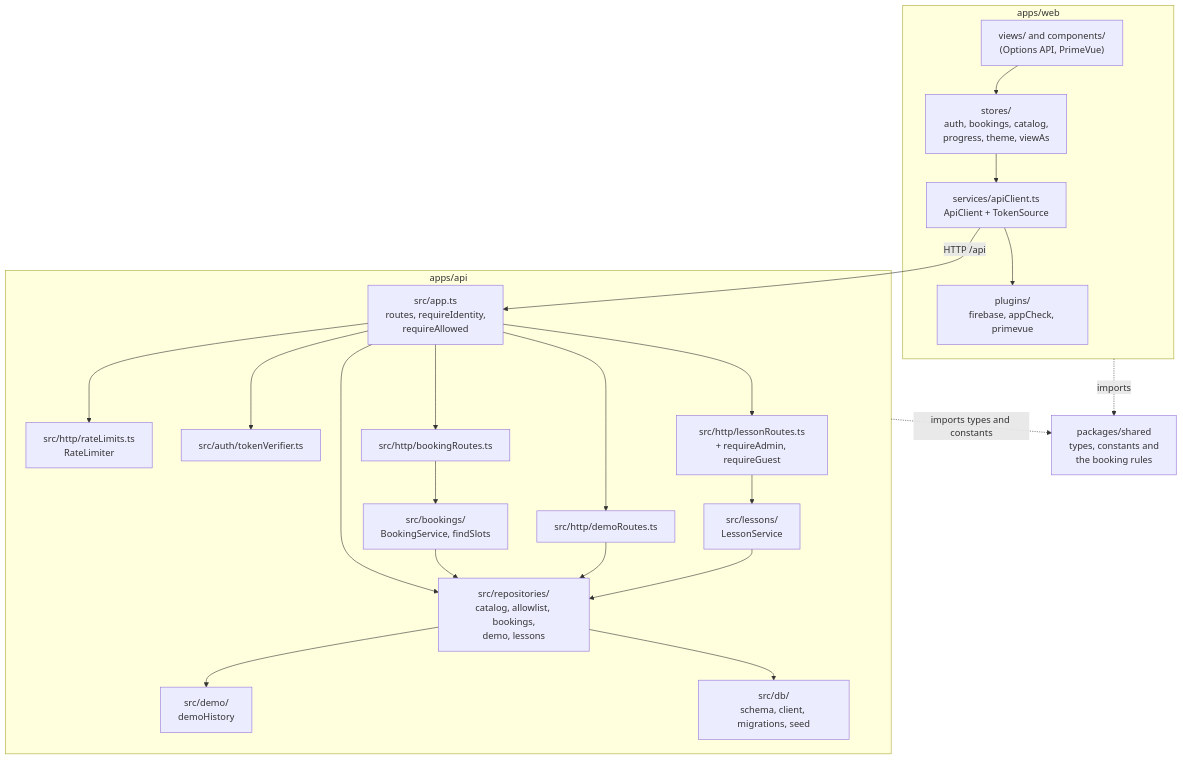
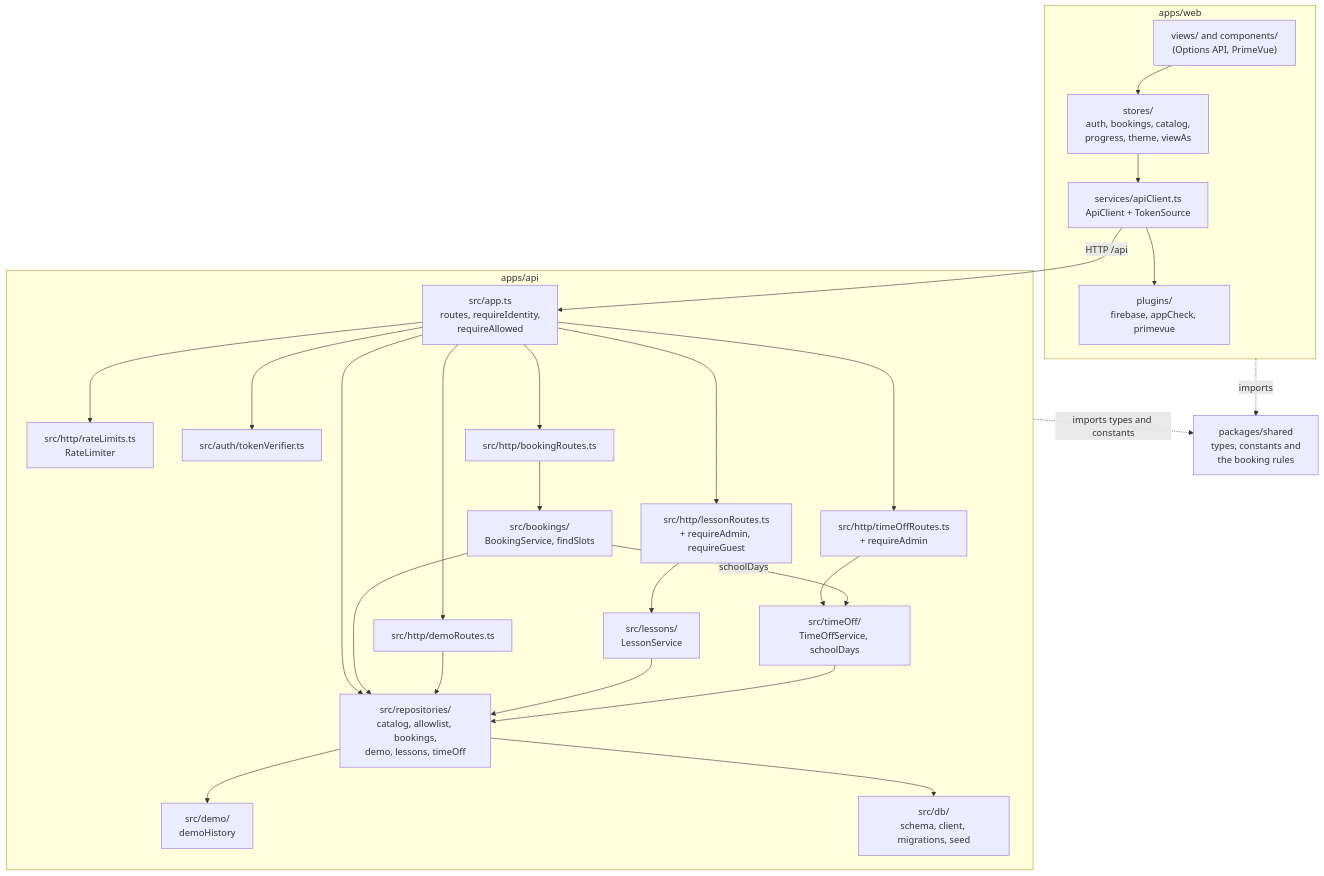
One commit to Valiance-Studios/halo-drivers-ed changed the second of 10 diagrams in ARCHITECTURE.md. Above: the diagram before and after it, drawn with Mermaid. The commit also changed other lines of this file and 36 other files, not shown here.

First line of the commit message:
Add instructor time off and cancelling on their behalf (#14)

````diff
--- a/ARCHITECTURE.md
+++ b/ARCHITECTURE.md
@@ -76,45 +76,51 @@
 ```mermaid
 flowchart TB
     subgraph web["apps/web"]
         views["views/ and components/<br/>(Options API, PrimeVue)"]
         stores["stores/<br/>auth, bookings, catalog,<br/>progress, theme, viewAs"]
         client["services/apiClient.ts<br/>ApiClient + TokenSource"]
         plugins["plugins/<br/>firebase, appCheck, primevue"]
         views --> stores
         stores --> client
         client --> plugins
     end
 
     subgraph api["apps/api"]
         app["src/app.ts<br/>routes, requireIdentity,<br/>requireAllowed"]
         limits["src/http/rateLimits.ts<br/>RateLimiter"]
         verifier["src/auth/tokenVerifier.ts"]
         bookingRoutes["src/http/bookingRoutes.ts"]
         service["src/bookings/<br/>BookingService, findSlots"]
         demoRoutes["src/http/demoRoutes.ts"]
         demo["src/demo/<br/>demoHistory"]
         lessonRoutes["src/http/lessonRoutes.ts<br/>+ requireAdmin, requireGuest"]
+        timeOffRoutes["src/http/timeOffRoutes.ts<br/>+ requireAdmin"]
+        timeOffService["src/timeOff/<br/>TimeOffService, schoolDays"]
         lessonService["src/lessons/<br/>LessonService"]
-        repos["src/repositories/<br/>catalog, allowlist, bookings,<br/>demo, lessons"]
+        repos["src/repositories/<br/>catalog, allowlist, bookings,<br/>demo, lessons, timeOff"]
         db["src/db/<br/>schema, client, migrations, seed"]
         app --> verifier
         app --> limits
         app --> repos
         app --> bookingRoutes
         bookingRoutes --> service
         service --> repos
         app --> demoRoutes
         demoRoutes --> repos
         repos --> demo
         app --> lessonRoutes
         lessonRoutes --> lessonService
         lessonService --> repos
+        app --> timeOffRoutes
+        timeOffRoutes --> timeOffService
+        timeOffService --> repos
+        service -- "schoolDays" --> timeOffService
         repos --> db
     end
 
     shared["packages/shared<br/>types, constants and<br/>the booking rules"]
 
     client -- "HTTP /api" --> app
     web -. "imports" .-> shared
     api -. "imports types and constants" .-> shared
 ```
````
